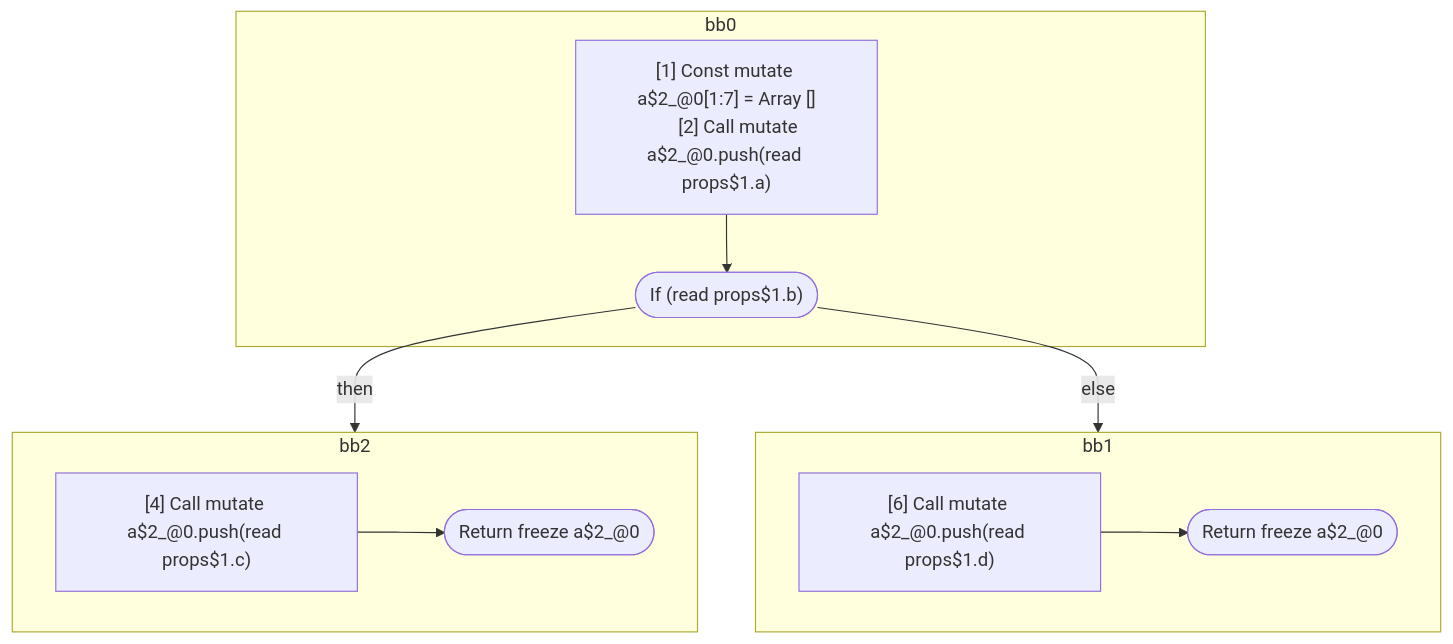
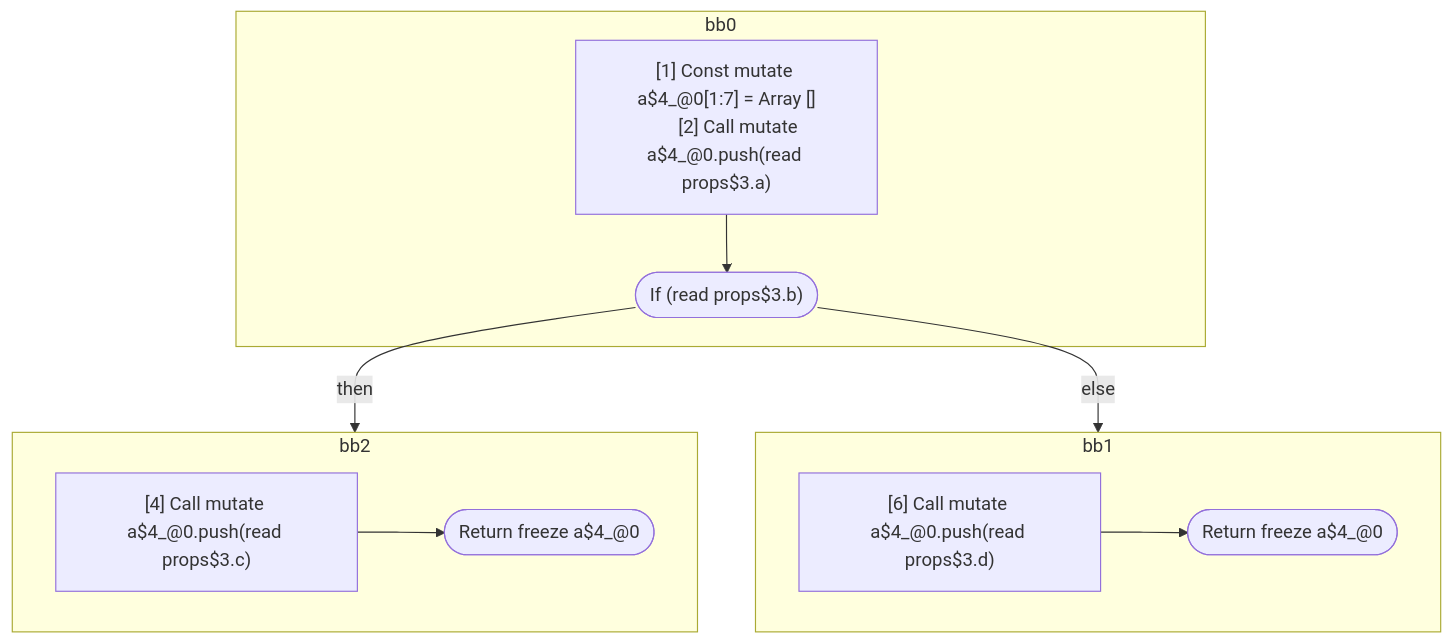
The fourth of 5 diagrams in compiler/forget/src/__tests__/fixtures/hir/conditional-break.expect.md (wutsmog/private), drawn with Mermaid before and after one commit. The commit also changed other lines of this file and 59 other files, not shown here.

````diff
--- a/compiler/forget/src/__tests__/fixtures/hir/conditional-break.expect.md
+++ b/compiler/forget/src/__tests__/fixtures/hir/conditional-break.expect.md
@@ -289,28 +289,28 @@
 ```mermaid
 flowchart TB
   %% Basic Blocks
   subgraph bb0
     bb0_instrs["
-      [1] Const mutate a$2_@0[1:7] = Array []
-      [2] Call mutate a$2_@0.push(read props$1.a)
+      [1] Const mutate a$4_@0[1:7] = Array []
+      [2] Call mutate a$4_@0.push(read props$3.a)
     "]
-    bb0_instrs --> bb0_terminal(["If (read props$1.b)"])
+    bb0_instrs --> bb0_terminal(["If (read props$3.b)"])
   end
   subgraph bb2
     bb2_instrs["
-      [4] Call mutate a$2_@0.push(read props$1.c)
+      [4] Call mutate a$4_@0.push(read props$3.c)
     "]
-    bb2_instrs --> bb2_terminal(["Return freeze a$2_@0"])
+    bb2_instrs --> bb2_terminal(["Return freeze a$4_@0"])
   end
   subgraph bb1
     bb1_instrs["
-      [6] Call mutate a$2_@0.push(read props$1.d)
+      [6] Call mutate a$4_@0.push(read props$3.d)
     "]
-    bb1_instrs --> bb1_terminal(["Return freeze a$2_@0"])
+    bb1_instrs --> bb1_terminal(["Return freeze a$4_@0"])
   end
 
   %% Jumps
   bb0_terminal -- "then" --> bb2
   bb0_terminal -- "else" --> bb1
 
 ```
````
